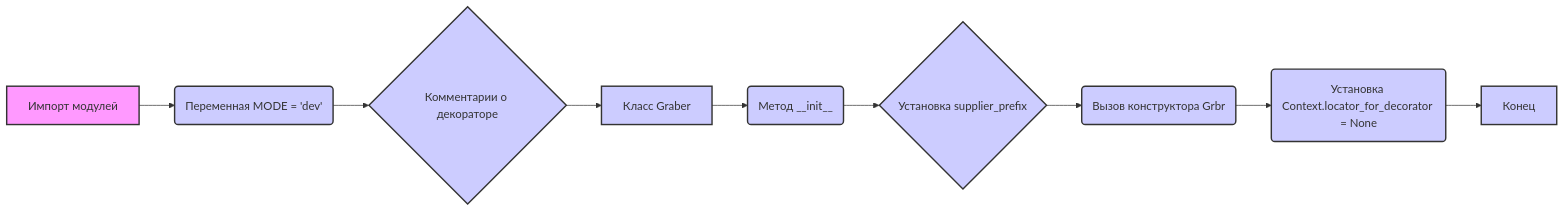
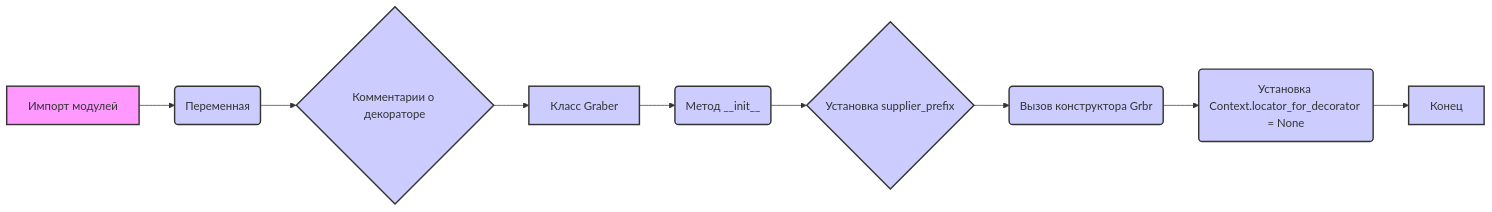
The diagram in docs/gemini/ru/explainer/src/suppliers/wallashop/graber.py.md (hypo69/hypo), drawn with Mermaid before and after one commit. The commit also changed other lines of this file and 6031 other files, not shown here.

````diff
--- a/docs/gemini/ru/explainer/src/suppliers/wallashop/graber.py.md
+++ b/docs/gemini/ru/explainer/src/suppliers/wallashop/graber.py.md
@@ -31,21 +31,21 @@
 ```mermaid
 graph LR
-    A[Импорт модулей] --> B(Переменная MODE = 'dev');
+    A[Импорт модулей] --> B(Переменная );
     B --> C{Комментарии о декораторе};
     C --> D[Класс Graber];
     D --> E(Метод __init__);
     E --> F{Установка supplier_prefix};
     F --> G(Вызов конструктора Grbr);
      G --> H(Установка Context.locator_for_decorator = None);
     H --> I[Конец];
 
     style A fill:#f9f,stroke:#333,stroke-width:2px
     style B fill:#ccf,stroke:#333,stroke-width:2px
     style C fill:#ccf,stroke:#333,stroke-width:2px
     style D fill:#ccf,stroke:#333,stroke-width:2px
     style E fill:#ccf,stroke:#333,stroke-width:2px
     style F fill:#ccf,stroke:#333,stroke-width:2px
     style G fill:#ccf,stroke:#333,stroke-width:2px
     style H fill:#ccf,stroke:#333,stroke-width:2px
     style I fill:#ccf,stroke:#333,stroke-width:2px
 ```
````
